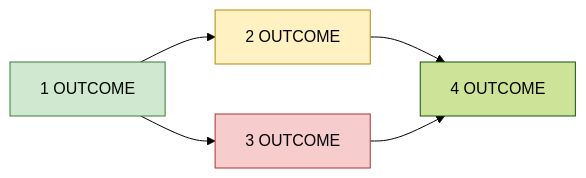
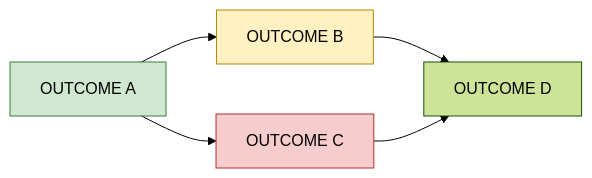
The diagram in templates/docs/plan.md (smirnowld/agent-practices), drawn with Mermaid (forest theme) before and after one commit. The commit also changed other lines of this file and 9 other files, not shown here.

````diff
--- a/templates/docs/plan.md
+++ b/templates/docs/plan.md
@@ -18,10 +18,11 @@
 ```mermaid
 flowchart LR
   classDef done fill:#cfe8cf,stroke:#3a7d3a
   classDef active fill:#fff1c2,stroke:#b58900
   classDef blocked fill:#f6cccc,stroke:#b03030
-  A[1 OUTCOME]:::done --> B[2 OUTCOME]:::active
-  A --> C[3 OUTCOME]:::blocked
-  B --> D[4 OUTCOME]
+  classDef parked fill:#eeeeee,stroke:#999999,stroke-dasharray:4
+  A[OUTCOME A]:::done --> B[OUTCOME B]:::active
+  A --> C[OUTCOME C]:::blocked
+  B --> D[OUTCOME D]
   C --> D
 ```
````
